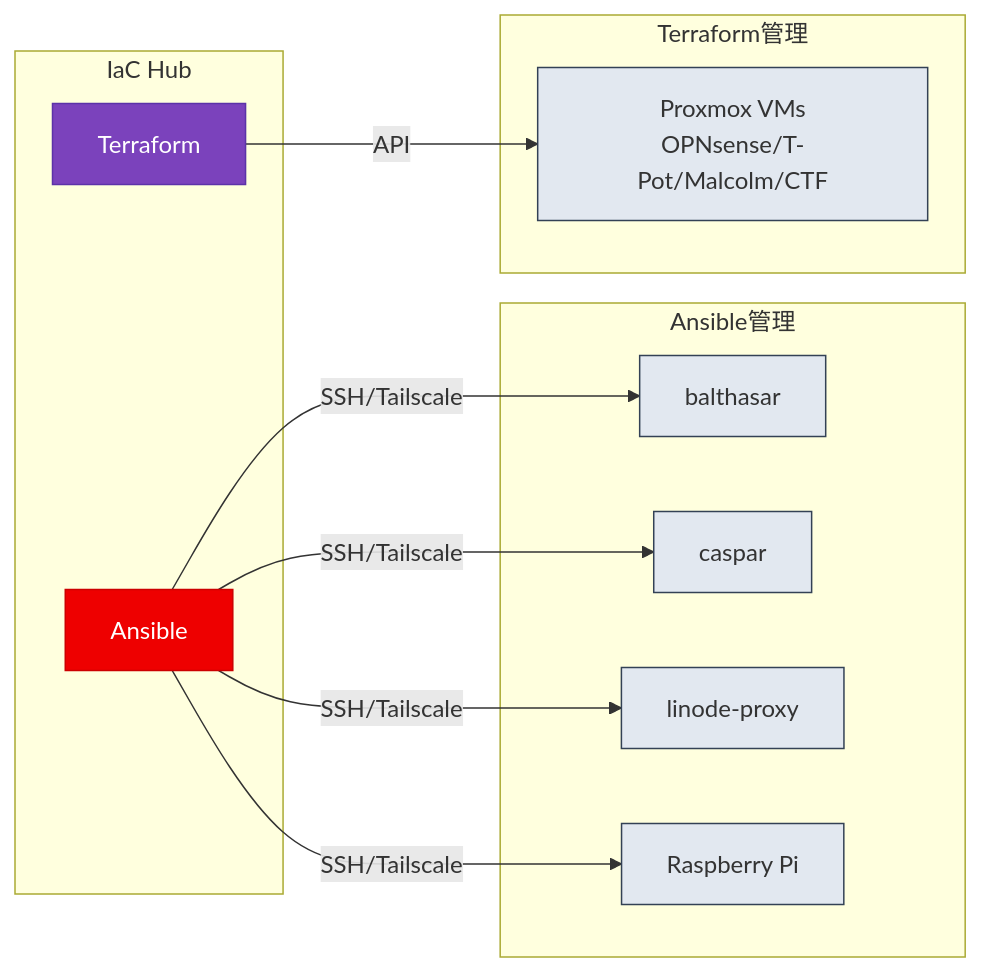
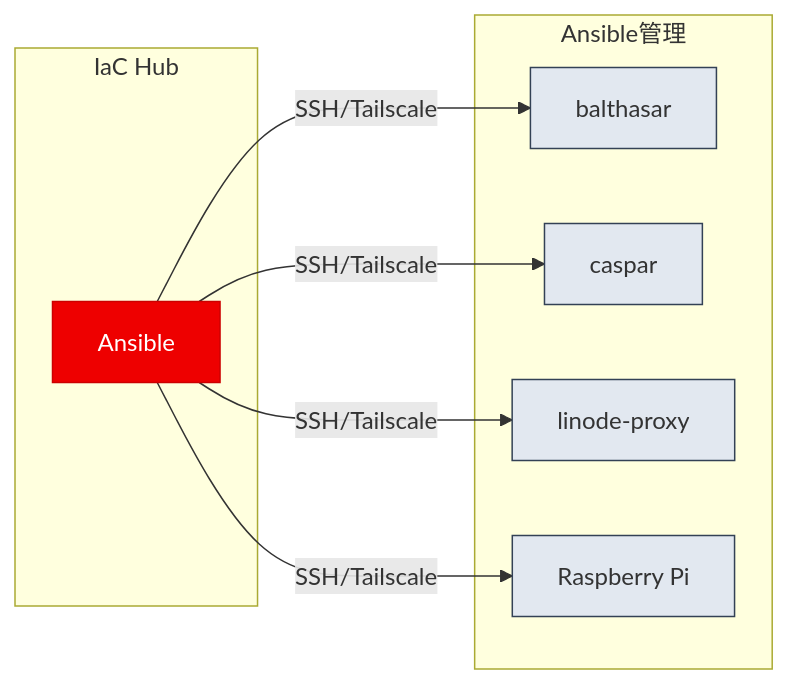
One commit to yamisskey-dev/yamisskey-host changed the second of 6 diagrams in README.md. Above: the diagram before and after it, drawn with Mermaid. The commit also changed other lines of this file, not shown here.

First line of the commit message:
Update README to remove Proxmox and Terraform details

````diff
--- a/README.md
+++ b/README.md
@@ -95,25 +59,18 @@
 ```mermaid
 graph LR
     classDef ansible fill:#ee0000,stroke:#cc0000,color:#fff
-    classDef terraform fill:#7b42bc,stroke:#5c32a8,color:#fff
     classDef target fill:#e2e8f0,stroke:#334155
 
     subgraph iac[IaC Hub]
         ansible[Ansible]:::ansible
-        terraform[Terraform]:::terraform
     end
 
     subgraph ansible_targets[Ansible管理]
         balthasar:::target
         caspar:::target
         linode_prox[linode-proxy]:::target
         rpi[Raspberry Pi]:::target
     end
 
-    subgraph terraform_targets[Terraform管理]
-        proxmox[Proxmox VMs<br/>OPNsense/T-Pot/Malcolm/CTF]:::target
-    end
-
     ansible -->|SSH/Tailscale| balthasar & caspar & linode_prox & rpi
-    terraform -->|API| proxmox
 ```
````
